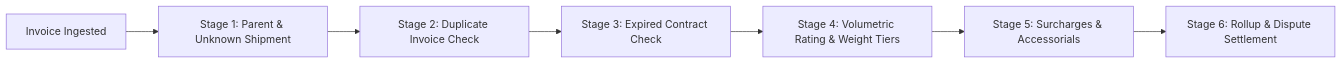
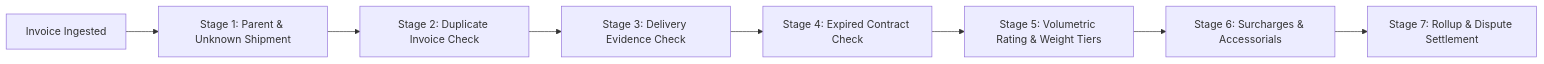
Before and after one commit to praneethrangala555-glitch/freight-invoice-audit: the second of 2 diagrams in README.md, drawn with Mermaid. The commit also changed other lines of this file and 36 other files, not shown here.

````diff
--- a/README.md
+++ b/README.md
@@ -98,9 +127,10 @@
 ```mermaid
 flowchart LR
     Inv[Invoice Ingested] --> S1[Stage 1: Parent & Unknown Shipment]
     S1 --> S2[Stage 2: Duplicate Invoice Check]
-    S2 --> S3[Stage 3: Expired Contract Check]
-    S3 --> S4[Stage 4: Volumetric Rating & Weight Tiers]
-    S4 --> S5[Stage 5: Surcharges & Accessorials]
-    S5 --> S6[Stage 6: Rollup & Dispute Settlement]
+    S2 --> S3[Stage 3: Delivery Evidence Check]
+    S3 --> S4[Stage 4: Expired Contract Check]
+    S4 --> S5[Stage 5: Volumetric Rating & Weight Tiers]
+    S5 --> S6[Stage 6: Surcharges & Accessorials]
+    S6 --> S7[Stage 7: Rollup & Dispute Settlement]
 ```
````
